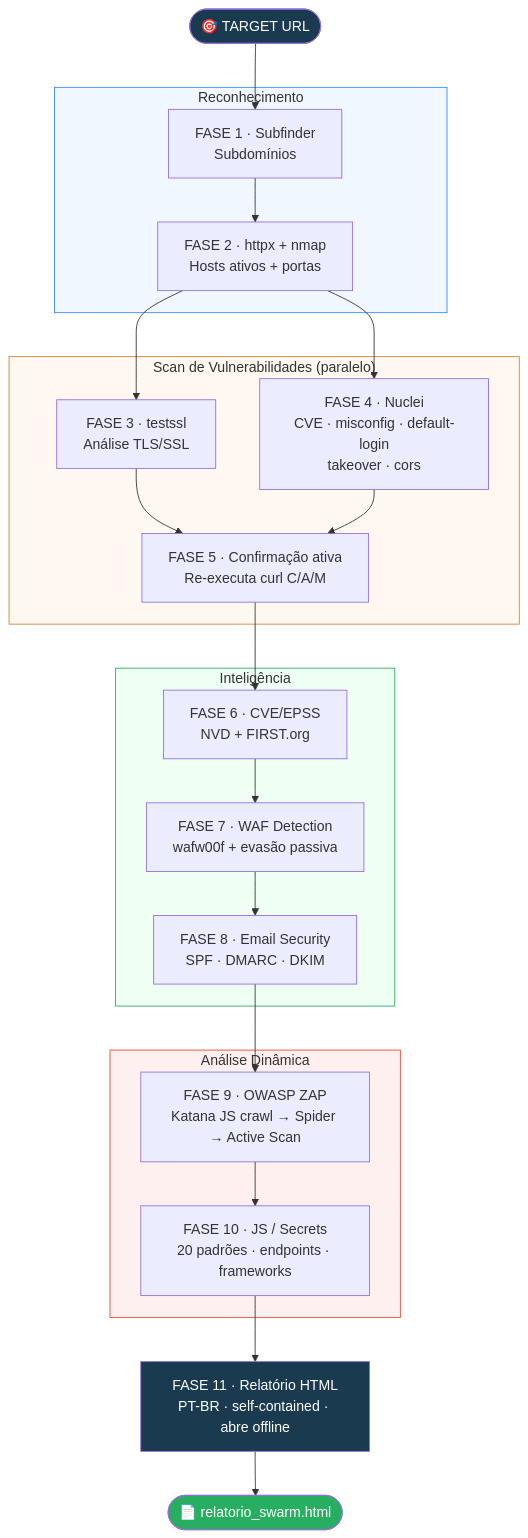
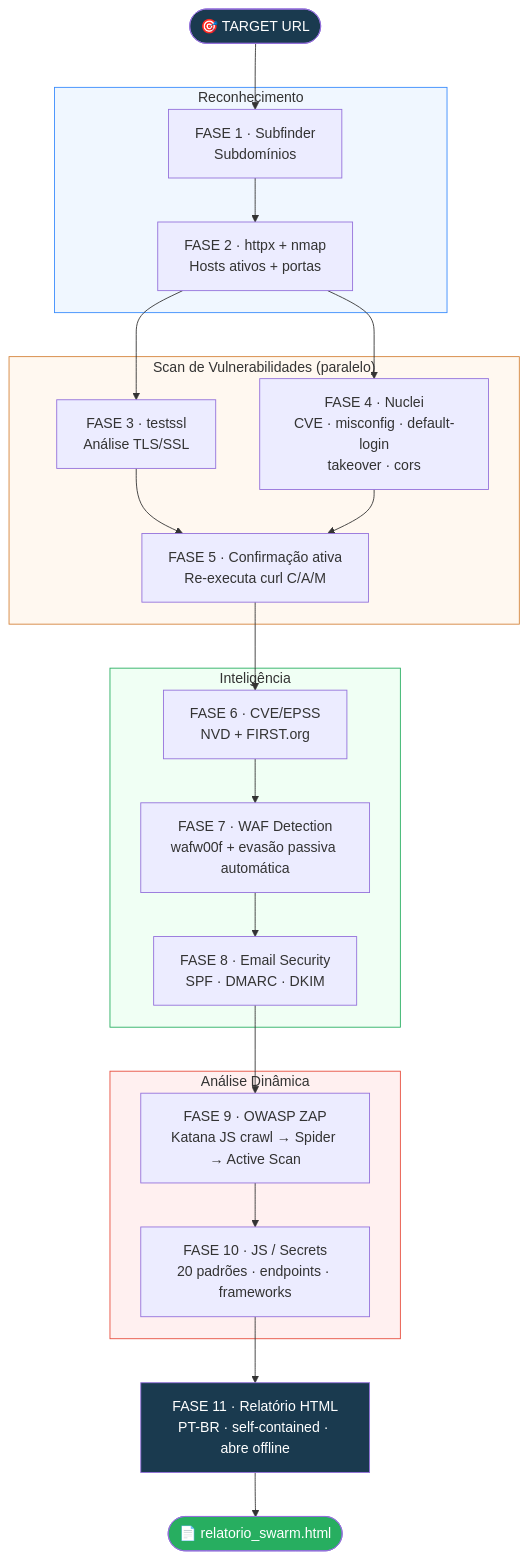
One commit to trickMeister1337/SWARM changed the diagram in README.md. Above: the diagram before and after it, drawn with Mermaid. The commit also changed other lines of this file, not shown here.

````diff
--- a/README.md
+++ b/README.md
@@ -15,36 +15,36 @@
 ```mermaid
 flowchart TD
     A([🎯 TARGET URL]) --> B
 
     subgraph RECON["Reconhecimento"]
         B[FASE 1 · Subfinder\nSubdomínios] --> C[FASE 2 · httpx + nmap\nHosts ativos + portas]
     end
 
     subgraph SCAN["Scan de Vulnerabilidades (paralelo)"]
         C --> D[FASE 3 · testssl\nAnálise TLS/SSL]
         C --> E[FASE 4 · Nuclei\nCVE · misconfig · default-login\ntakeover · cors]
         D & E --> F[FASE 5 · Confirmação ativa\nRe-executa curl C/A/M]
     end
 
     subgraph INTEL["Inteligência"]
         F --> G[FASE 6 · CVE/EPSS\nNVD + FIRST.org]
-        G --> H[FASE 7 · WAF Detection\nwafw00f + evasão passiva]
+        G --> H[FASE 7 · WAF Detection\nwafw00f + evasão passiva automática]
         H --> I[FASE 8 · Email Security\nSPF · DMARC · DKIM]
     end
 
     subgraph DYNAMIC["Análise Dinâmica"]
         I --> J[FASE 9 · OWASP ZAP\nKatana JS crawl → Spider → Active Scan]
         J --> K[FASE 10 · JS / Secrets\n20 padrões · endpoints · frameworks]
     end
 
     K --> L[FASE 11 · Relatório HTML\nPT-BR · self-contained · abre offline]
     L --> M([📄 relatorio_swarm.html])
 
     style A fill:#1a3a4f,color:#fff
     style M fill:#27ae60,color:#fff
     style L fill:#1a3a4f,color:#fff
     style RECON fill:#f0f7ff,stroke:#388bfd
     style SCAN fill:#fff8f0,stroke:#d4833a
     style INTEL fill:#f0fff4,stroke:#27ae60
     style DYNAMIC fill:#fff0f0,stroke:#e74c3c
 ```
````
